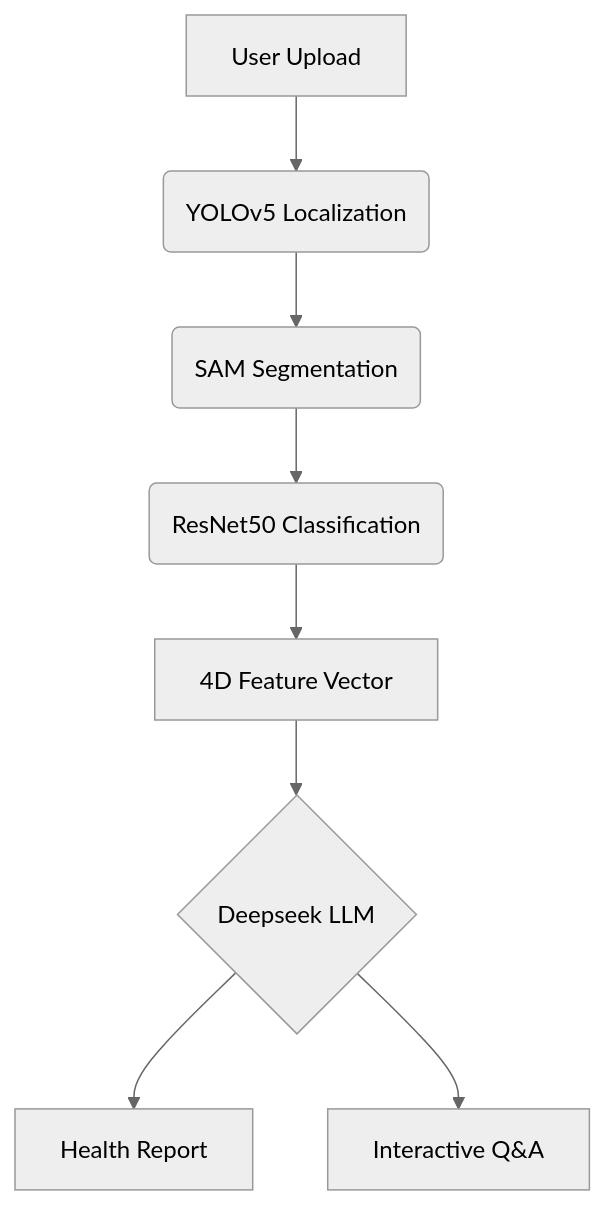
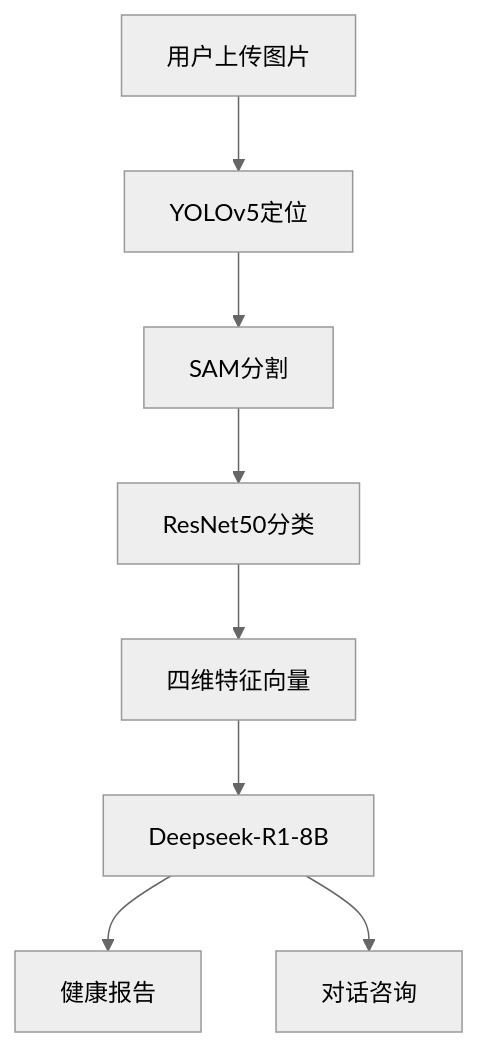
One commit to willgoonando/TongueAiDiagnosis changed the diagram in Readme.md. Above: the diagram before and after it, drawn with Mermaid (neutral theme). The commit also changed other lines of this file and 4233 other files, not shown here.

````diff
--- a/Readme.md
+++ b/Readme.md
@@ -142,10 +437,10 @@
 ```mermaid
 graph TD
-    A[User Upload] --> B(YOLOv5 Localization)
-    B --> C(SAM Segmentation)
-    C --> D(ResNet50 Classification)
-    D --> E[4D Feature Vector]
-    E --> F{Deepseek LLM}
-    F --> G[Health Report]
-    F --> H[Interactive Q&A]
+    A[用户上传图片] --> B[YOLOv5定位]
+    B --> C[SAM分割]
+    C --> D[ResNet50分类]
+    D --> E[四维特征向量]
+    E --> F[Deepseek-R1-8B]
+    F --> G[健康报告]
+    F --> H[对话咨询]
 ```
````
